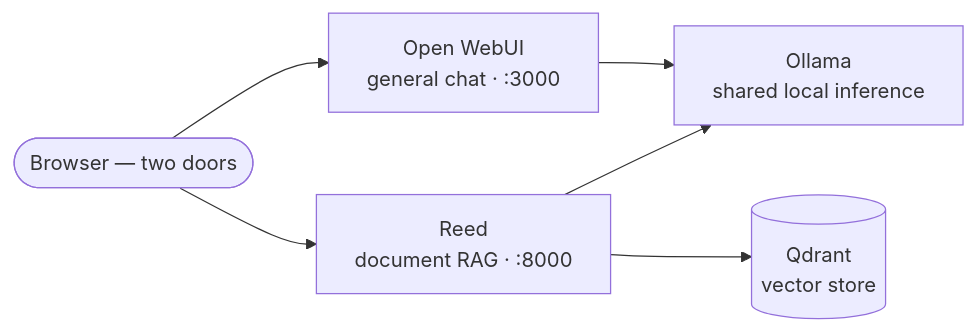
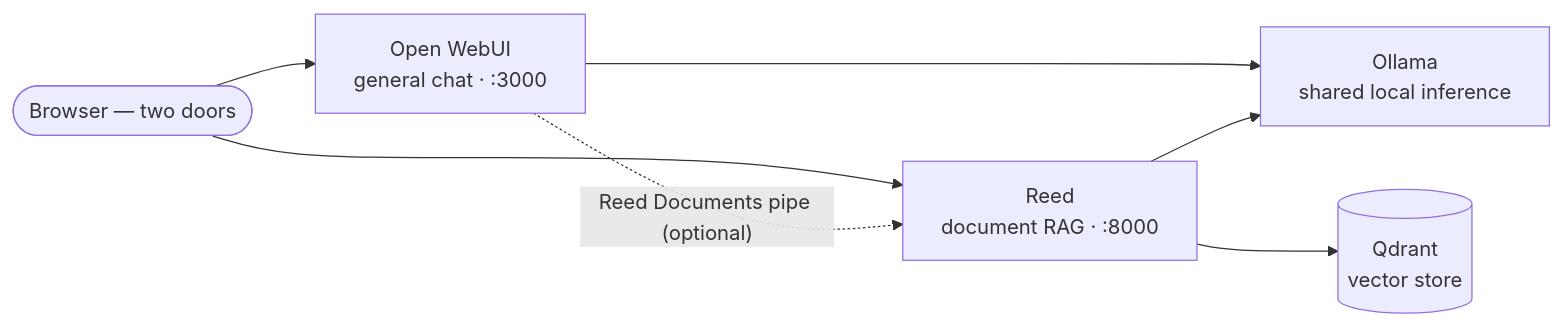
The diagram in README.md (Ulzuhan/private-ai-stack), drawn with Mermaid before and after one commit. The commit also changed other lines of this file and 4 other files, not shown here.

````diff
--- a/README.md
+++ b/README.md
@@ -43,13 +43,14 @@
 ```mermaid
 flowchart LR
     browser(["Browser — two doors"])
     owui["Open WebUI<br/>general chat · :3000"]
     reed["Reed<br/>document RAG · :8000"]
     ollama["Ollama<br/>shared local inference"]
     qdrant[("Qdrant<br/>vector store")]
     browser --> owui
     browser --> reed
+    owui -. "Reed Documents pipe (optional)" .-> reed
     owui --> ollama
     reed --> ollama
     reed --> qdrant
 ```
````
